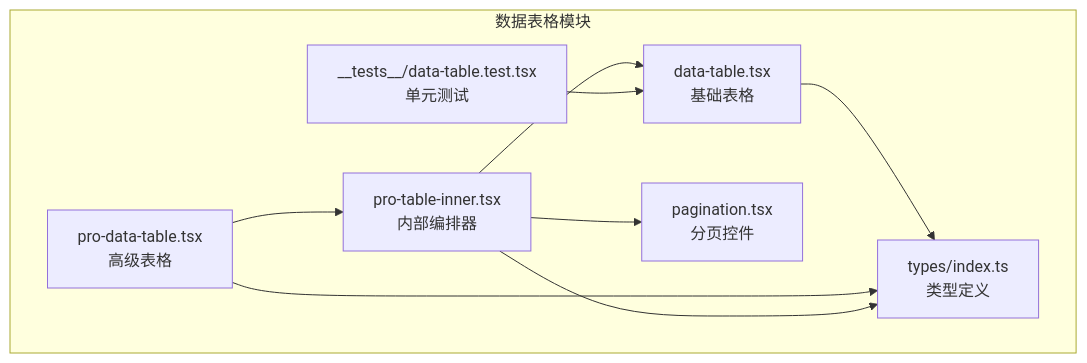
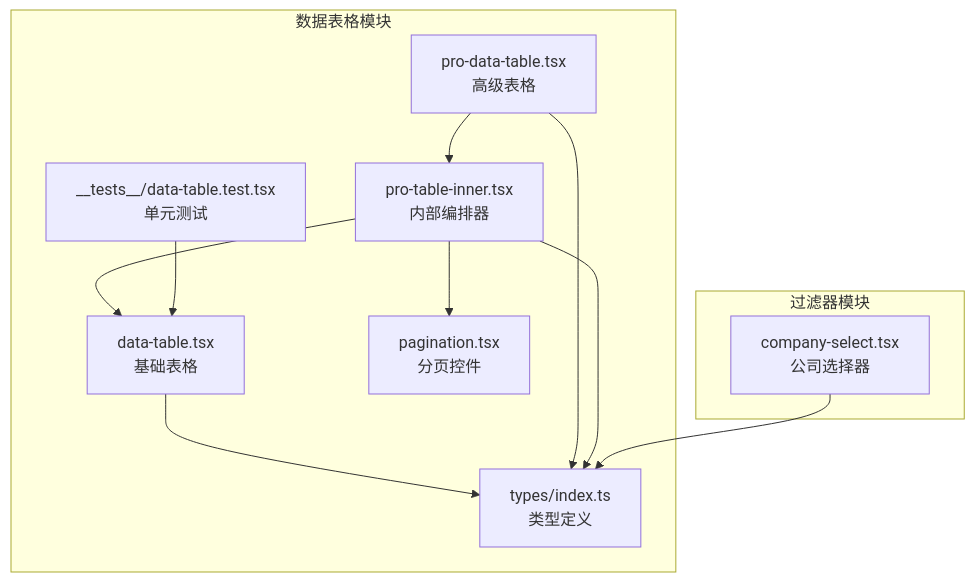
One commit to Damao997/newproject changed the first of 4 diagrams in .qoder/repowiki/zh/content/架构设计/组件架构/业务组件/数据表格组件.md. Above: the diagram before and after it, drawn with Mermaid. The commit also changed other lines of this file and 10 other files, not shown here.

````diff
--- a/.qoder/repowiki/zh/content/架构设计/组件架构/业务组件/数据表格组件.md
+++ b/.qoder/repowiki/zh/content/架构设计/组件架构/业务组件/数据表格组件.md
@@ -31,18 +41,22 @@
 ```mermaid
 graph TB
 subgraph "数据表格模块"
 DT["data-table.tsx<br/>基础表格"]
 PDT["pro-data-table.tsx<br/>高级表格"]
 PTI["pro-table-inner.tsx<br/>内部编排器"]
 PAG["pagination.tsx<br/>分页控件"]
 TEST["__tests__/data-table.test.tsx<br/>单元测试"]
 TYPES["types/index.ts<br/>类型定义"]
 end
+subgraph "过滤器模块"
+CS["company-select.tsx<br/>公司选择器"]
+end
 PDT --> PTI
 PTI --> DT
 PTI --> PAG
 DT --> TYPES
 PDT --> TYPES
 PTI --> TYPES
 TEST --> DT
+CS --> TYPES
 ```
````
